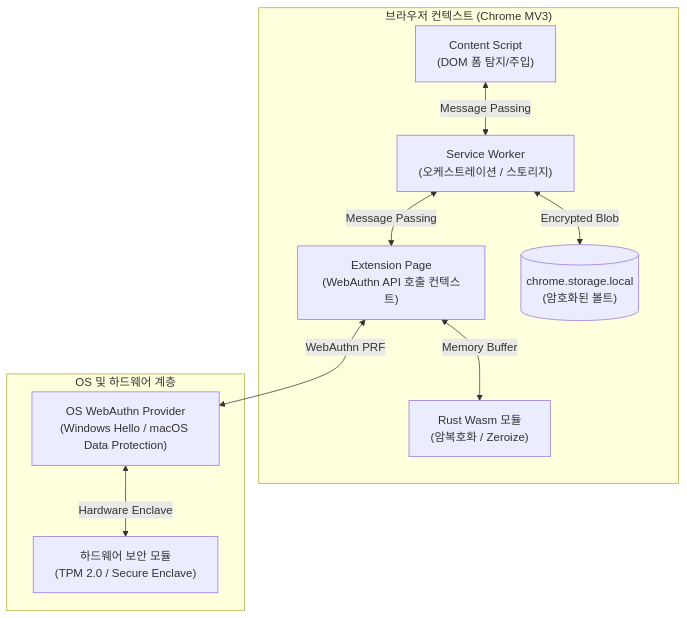
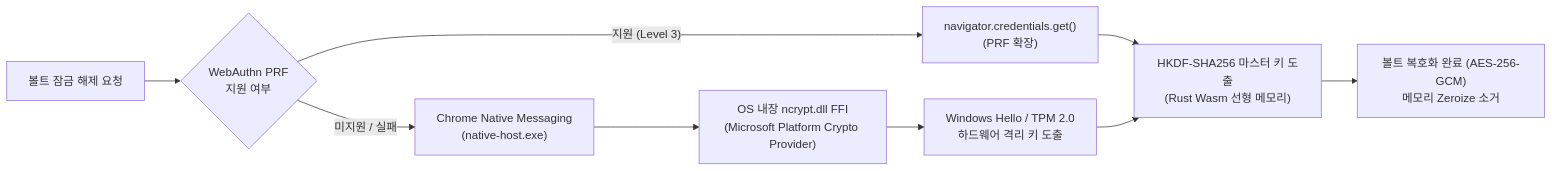
Before and after one commit to mmmphyun/PrfVault: the diagram in README.md, drawn with Mermaid. The commit also changed other lines of this file and 4 other files, not shown here.

Commit message:
docs: 50대 사이트 벤치마크 정량 결과 및 아키텍처 다이어그램 README 종합 반영

````diff
--- a/README.md
+++ b/README.md
@@ -13,22 +50,11 @@
 ```mermaid
-flowchart TD
-    subgraph Browser_Context["브라우저 컨텍스트 (Chrome MV3)"]
-        CS["Content Script<br/>(DOM 폼 탐지/주입)"]
-        SW["Service Worker<br/>(오케스트레이션 / 스토리지)"]
-        EP["Extension Page<br/>(WebAuthn API 호출 컨텍스트)"]
-        WASM["Rust Wasm 모듈<br/>(암복호화 / Zeroize)"]
-        Storage[("chrome.storage.local<br/>(암호화된 볼트)")]
-    end
-
-    subgraph OS_Hardware["OS 및 하드웨어 계층"]
-        OS_API["OS WebAuthn Provider<br/>(Windows Hello / macOS Data Protection)"]
-        TPM["하드웨어 보안 모듈<br/>(TPM 2.0 / Secure Enclave)"]
-    end
-
-    CS <-->|"Message Passing"| SW
-    SW <-->|"Message Passing"| EP
-    EP <-->|"WebAuthn PRF"| OS_API
-    OS_API <-->|"Hardware Enclave"| TPM
-    EP <-->|"Memory Buffer"| WASM
-    SW <-->|"Encrypted Blob"| Storage
+flowchart LR
+    UnlockReq["볼트 잠금 해제 요청"] --> CheckAuthn{"WebAuthn PRF<br/>지원 여부"}
+    CheckAuthn -- "지원 (Level 3)" --> WebAuthnFlow["navigator.credentials.get()<br/>(PRF 확장)"]
+    CheckAuthn -- "미지원 / 실패" --> NativeFlow["Chrome Native Messaging<br/>(native-host.exe)"]
+    NativeFlow --> NCryptFFI["OS 내장 ncrypt.dll FFI<br/>(Microsoft Platform Crypto Provider)"]
+    NCryptFFI --> TPMAuth["Windows Hello / TPM 2.0<br/>하드웨어 격리 키 도출"]
+    WebAuthnFlow --> MasterKey["HKDF-SHA256 마스터 키 도출<br/>(Rust Wasm 선형 메모리)"]
+    TPMAuth --> MasterKey
+    MasterKey --> VaultUnlock["볼트 복호화 완료 (AES-256-GCM)<br/>메모리 Zeroize 소거"]
 ```
````
